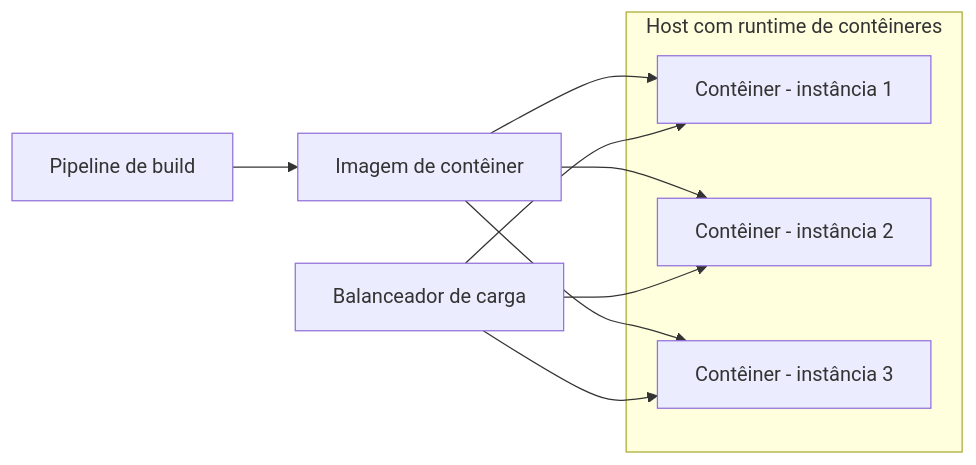
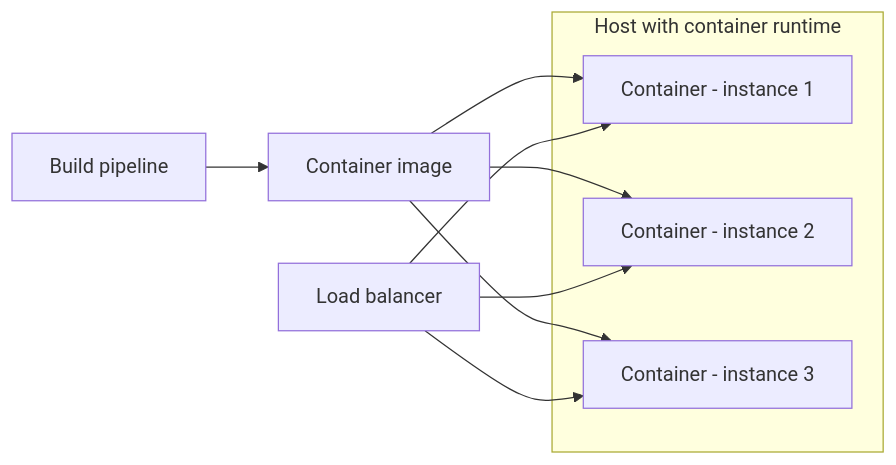
One commit to alancesar/design-patterns changed the diagram in docs/architecture/microservices/deployment/service-instance-per-container.md. Above: the diagram before and after it, drawn with Mermaid. The commit also changed 258 other files, not shown here.

First line of the commit message:
Translate Mermaid diagrams to English

````diff
--- a/docs/architecture/microservices/deployment/service-instance-per-container.md
+++ b/docs/architecture/microservices/deployment/service-instance-per-container.md
@@ -52,15 +52,15 @@
 ```mermaid
 flowchart LR
-    Build["Pipeline de build"] --> Img["Imagem de contêiner"]
-    Img --> C1["Contêiner - instância 1"]
-    Img --> C2["Contêiner - instância 2"]
-    Img --> C3["Contêiner - instância 3"]
-    subgraph Host["Host com runtime de contêineres"]
+    Build["Build pipeline"] --> Img["Container image"]
+    Img --> C1["Container - instance 1"]
+    Img --> C2["Container - instance 2"]
+    Img --> C3["Container - instance 3"]
+    subgraph Host["Host with container runtime"]
         C1
         C2
         C3
     end
-    LB["Balanceador de carga"] --> C1
+    LB["Load balancer"] --> C1
     LB --> C2
     LB --> C3
 ```
````
